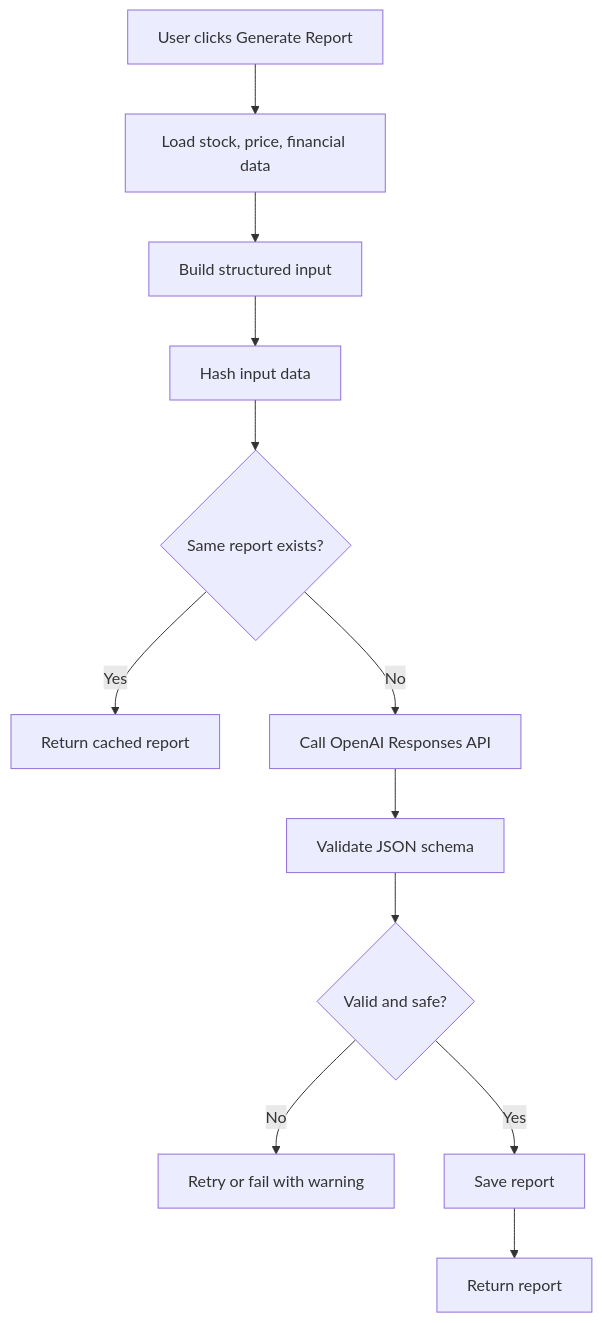
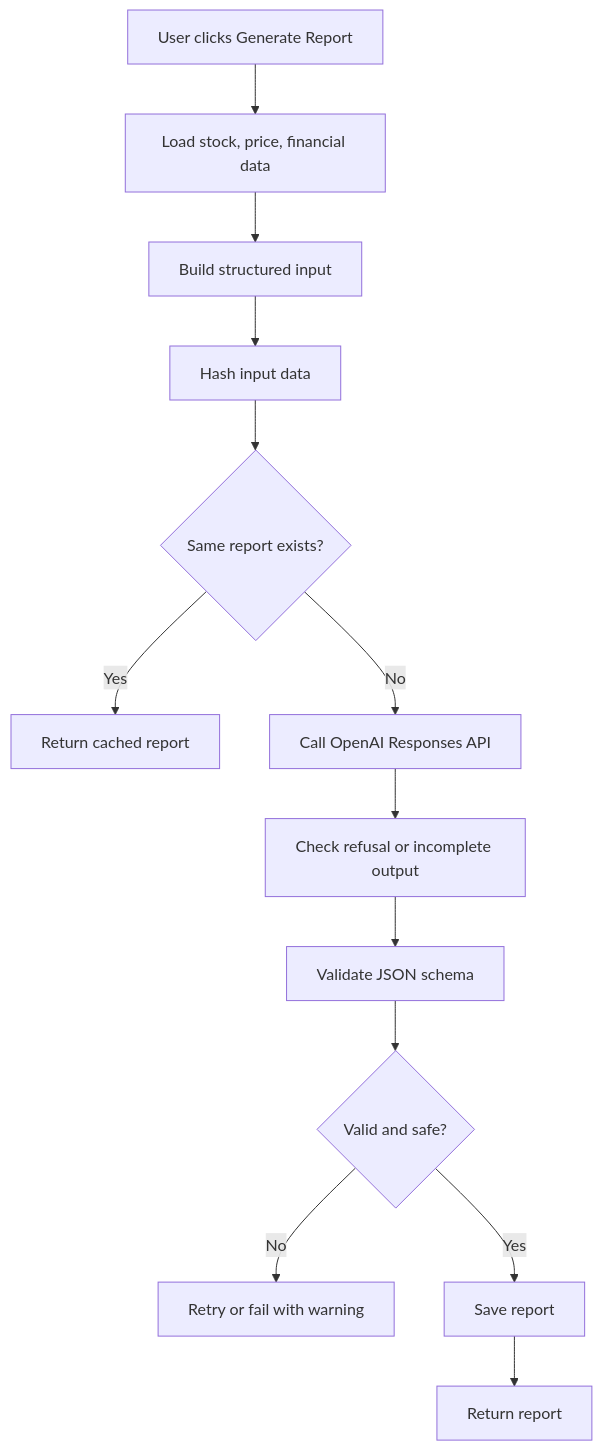
The diagram in docs/05_ai_design.md (KodaiShiraishi/alphalens-jp), drawn with Mermaid before and after one commit. The commit also changed other lines of this file and 9 other files, not shown here.

````diff
--- a/docs/05_ai_design.md
+++ b/docs/05_ai_design.md
@@ -188,14 +203,15 @@
 ```mermaid
 flowchart TD
   A["User clicks Generate Report"] --> B["Load stock, price, financial data"]
   B --> C["Build structured input"]
   C --> D["Hash input data"]
   D --> E{"Same report exists?"}
   E -->|Yes| F["Return cached report"]
   E -->|No| G["Call OpenAI Responses API"]
-  G --> H["Validate JSON schema"]
-  H --> I{"Valid and safe?"}
-  I -->|No| J["Retry or fail with warning"]
-  I -->|Yes| K["Save report"]
+  G --> H["Check refusal or incomplete output"]
+  H --> I["Validate JSON schema"]
+  I --> M{"Valid and safe?"}
+  M -->|No| J["Retry or fail with warning"]
+  M -->|Yes| K["Save report"]
   K --> L["Return report"]
 ```
````
